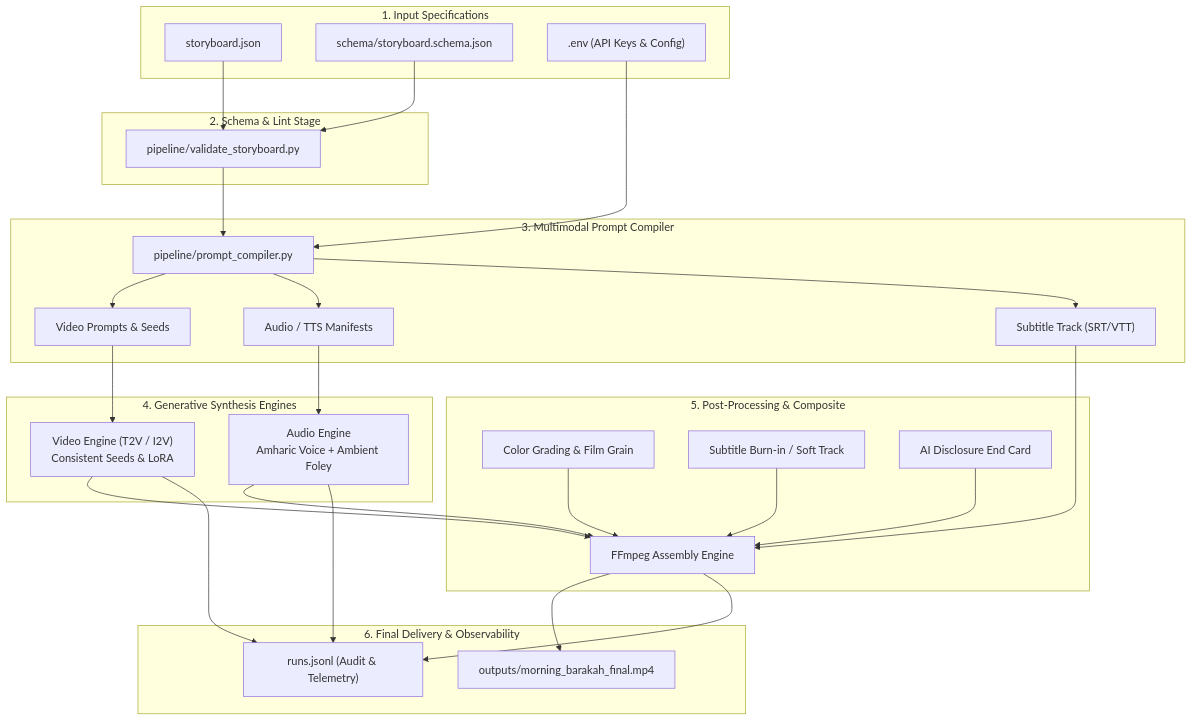
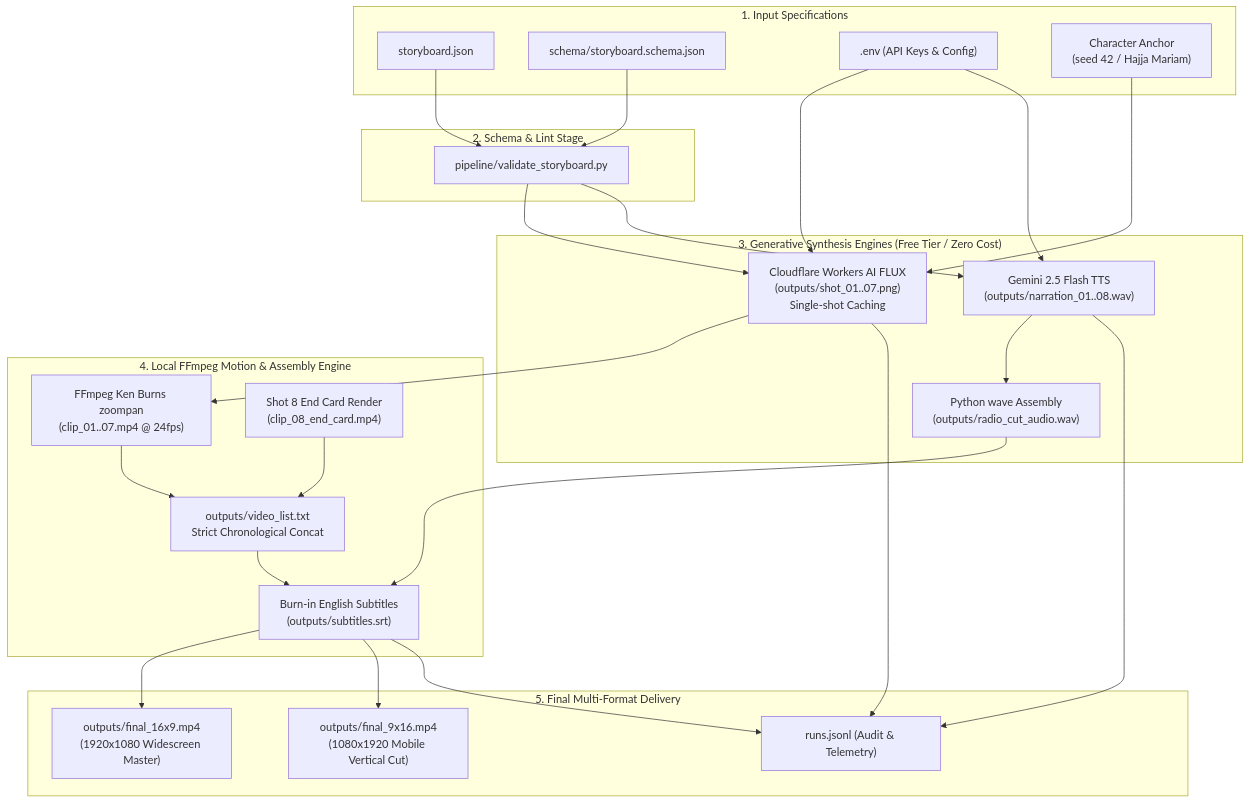
One commit to hawaebrahimhamid/heritage-short changed the diagram in ARCHITECTURE.md. Above: the diagram before and after it, drawn with Mermaid. The commit also changed other lines of this file and 6 other files, not shown here.

````diff
--- a/ARCHITECTURE.md
+++ b/ARCHITECTURE.md
@@ -7,47 +7,43 @@
 ```mermaid
 flowchart TD
     subgraph Inputs ["1. Input Specifications"]
         SB["storyboard.json"]
         SCH["schema/storyboard.schema.json"]
         ENV[".env (API Keys & Config)"]
+        ANCHOR["Character Anchor\n(seed 42 / Hajja Mariam)"]
     end
 
     subgraph Validation ["2. Schema & Lint Stage"]
         VAL["pipeline/validate_storyboard.py"]
     end
 
-    subgraph Compiler ["3. Multimodal Prompt Compiler"]
-        PC["pipeline/prompt_compiler.py"]
-        VP["Video Prompts & Seeds"]
-        AP["Audio / TTS Manifests"]
-        SP["Subtitle Track (SRT/VTT)"]
+    subgraph Generation ["3. Generative Synthesis Engines (Free Tier / Zero Cost)"]
+        FLUX["Cloudflare Workers AI FLUX\n(outputs/shot_01..07.png)\nSingle-shot Caching"]
+        TTS["Gemini 2.5 Flash TTS\n(outputs/narration_01..08.wav)"]
+        RADIO["Python wave Assembly\n(outputs/radio_cut_audio.wav)"]
     end
 
-    subgraph Generation ["4. Generative Synthesis Engines"]
-        VGEN["Video Engine (T2V / I2V)\nConsistent Seeds & LoRA"]
-        AGEN["Audio Engine\nAmharic Voice + Ambient Foley"]
+    subgraph Assembly ["4. Local FFmpeg Motion & Assembly Engine"]
+        ZP["FFmpeg Ken Burns zoompan\n(clip_01..07.mp4 @ 24fps)"]
+        EC["Shot 8 End Card Render\n(clip_08_end_card.mp4)"]
+        VLIST["outputs/video_list.txt\nStrict Chronological Concat"]
+        SUB["Burn-in English Subtitles\n(outputs/subtitles.srt)"]
     end
 
-    subgraph Assembly ["5. Post-Processing & Composite"]
-        FFMPEG["FFmpeg Assembly Engine"]
-        CC["Color Grading & Film Grain"]
-        SUB["Subtitle Burn-in / Soft Track"]
-        EC["AI Disclosure End Card"]
-    end
-
-    subgraph Outputs ["6. Final Delivery & Observability"]
-        OUT["outputs/morning_barakah_final.mp4"]
+    subgraph Outputs ["5. Final Multi-Format Delivery"]
+        OUT16["outputs/final_16x9.mp4\n(1920x1080 Widescreen Master)"]
+        OUT9["outputs/final_9x16.mp4\n(1080x1920 Mobile Vertical Cut)"]
         RUNS["runs.jsonl (Audit & Telemetry)"]
     end
 
     SB & SCH --> VAL
-    VAL --> PC
-    ENV --> PC
-    PC --> VP & AP & SP
-    VP --> VGEN
-    AP --> AGEN
-    VGEN & AGEN & SP --> FFMPEG
-    CC & SUB & EC --> FFMPEG
-    FFMPEG --> OUT
-    FFMPEG & VGEN & AGEN --> RUNS
+    VAL --> FLUX & TTS
+    ENV --> FLUX & TTS
+    ANCHOR --> FLUX
+    FLUX --> ZP
+    TTS --> RADIO
+    ZP & EC --> VLIST
+    VLIST & RADIO --> SUB
+    SUB --> OUT16 & OUT9
+    FLUX & TTS & SUB --> RUNS
 ```
````
